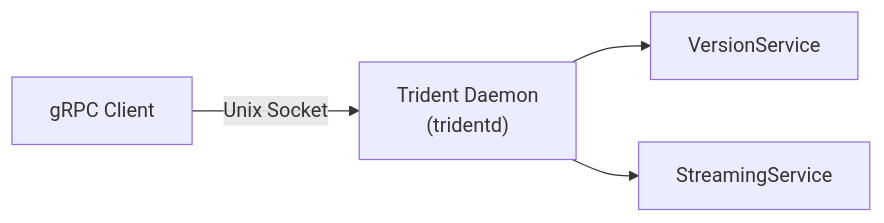
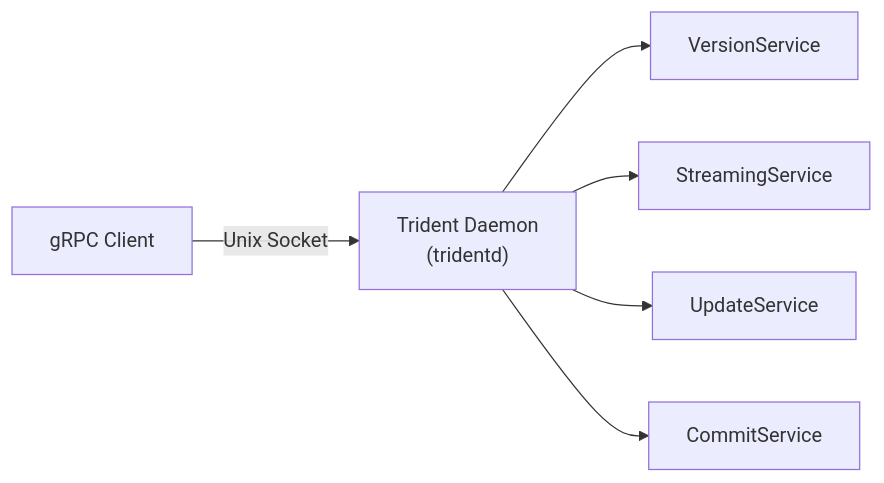
The diagram in docs/Explanation/gRPC-Server.md (microsoft/trident), drawn with Mermaid before and after one commit. The commit also changed other lines of this file and 6 other files, not shown here.

```diff
--- a/docs/Explanation/gRPC-Server.md
+++ b/docs/Explanation/gRPC-Server.md
@@ -45,6 +45,8 @@
 :::mermaid
 flowchart LR
     Client["gRPC Client"] -- Unix Socket --> Server["Trident Daemon\n(tridentd)"]
     Server --> Version["VersionService"]
     Server --> Streaming["StreamingService"]
+    Server --> Update["UpdateService"]
+    Server --> Commit["CommitService"]
 :::
```
